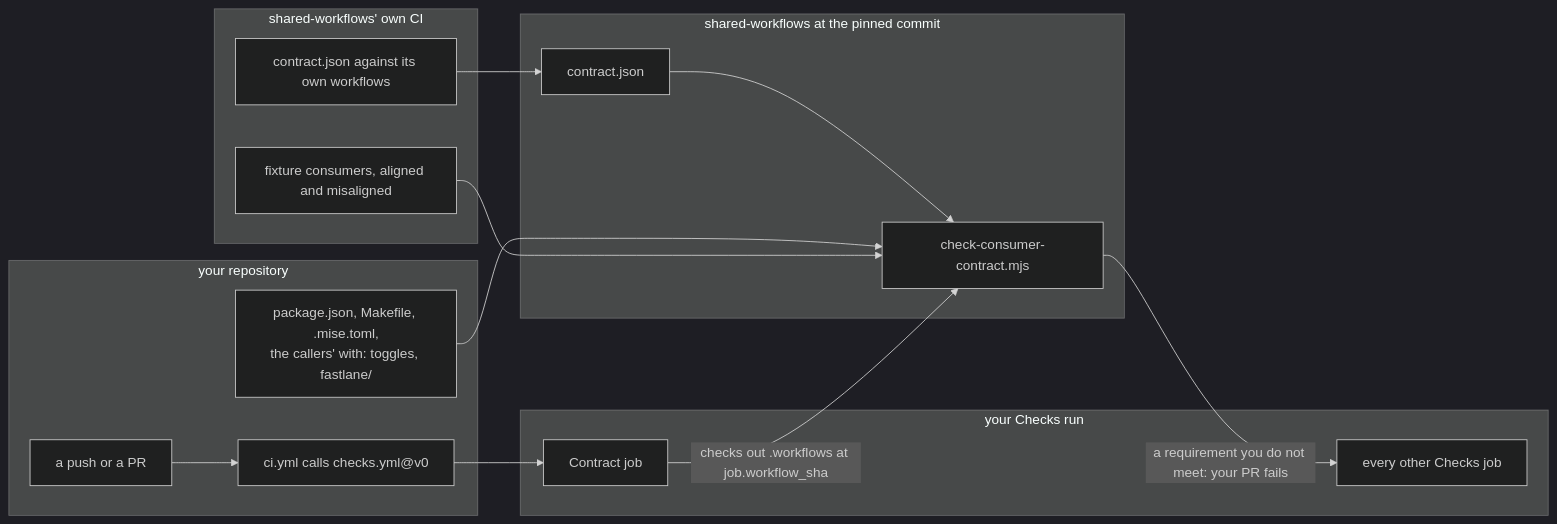
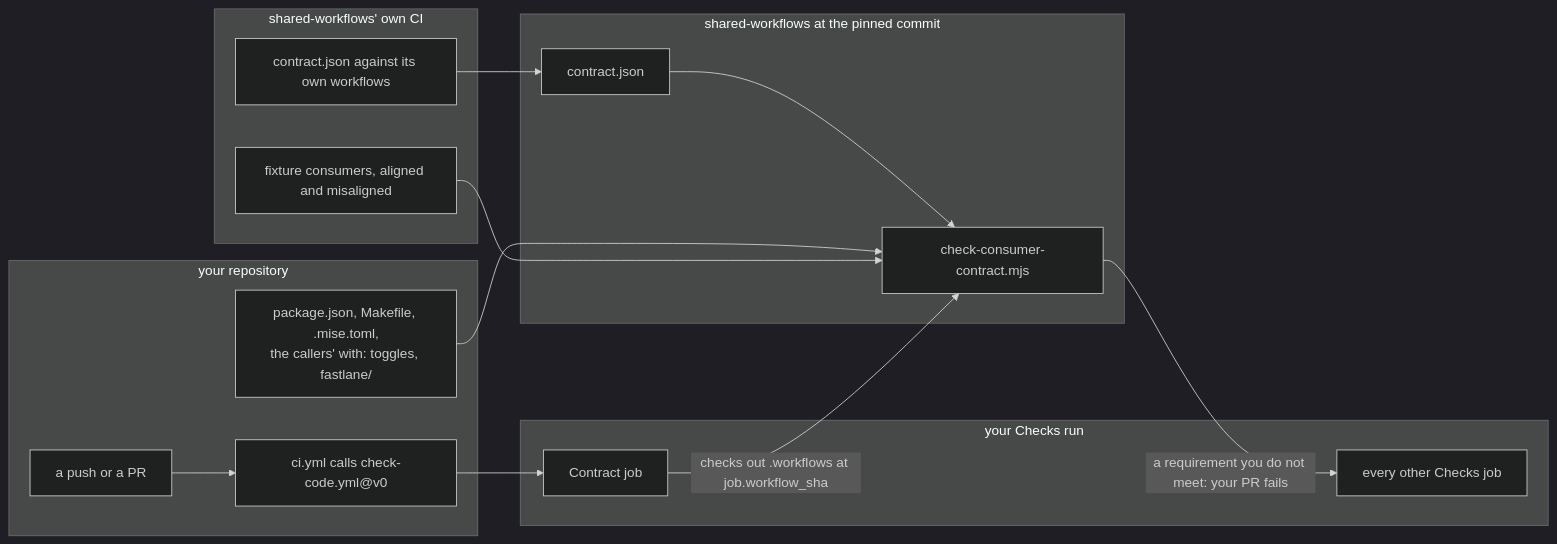
Before and after one commit to blinkbitcoin/shared-workflows: the second of 5 diagrams in docs/consumer-guide.md, drawn with Mermaid (dark theme). The commit also changed other lines of this file and 77 other files, not shown here.

````diff
--- a/docs/consumer-guide.md
+++ b/docs/consumer-guide.md
@@ -119,27 +119,27 @@
 ```mermaid
 flowchart LR
   subgraph app["your repository"]
     pr["a push or a PR"]
-    caller["ci.yml calls checks.yml@v0"]
+    caller["ci.yml calls check-code.yml@v0"]
     tree["package.json, Makefile, .mise.toml,<br/>the callers' with: toggles, fastlane/"]
   end
   subgraph run["your Checks run"]
     contract["Contract job"]
     gates["every other Checks job"]
   end
   subgraph shared["shared-workflows at the pinned commit"]
     data["contract.json"]
     checker["check-consumer-contract.mjs"]
   end
   subgraph self["shared-workflows' own CI"]
     fixtures["fixture consumers, aligned and misaligned"]
     bind["contract.json against its own workflows"]
   end
   pr --> caller --> contract
   contract -->|"checks out .workflows at job.workflow_sha"| checker
   data --> checker
   tree --> checker
   checker -->|"a requirement you do not meet: your PR fails"| gates
   fixtures --> checker
   bind --> data
 ```
````
